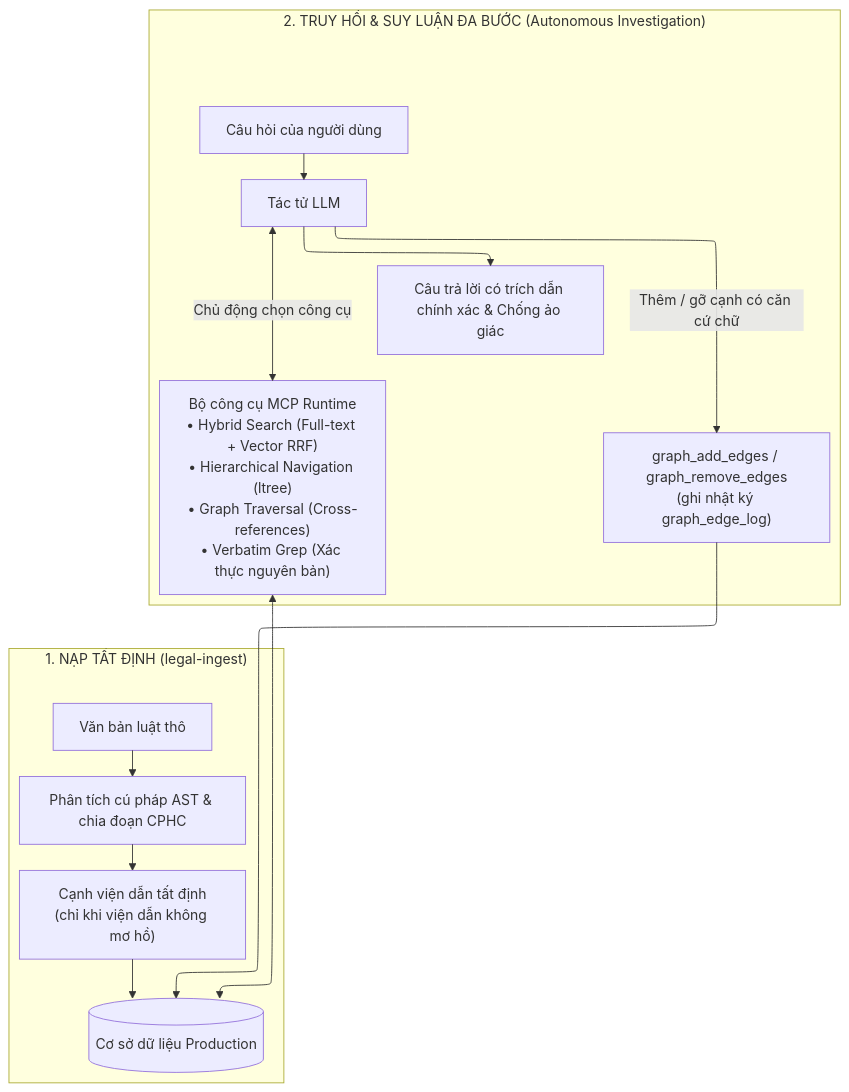
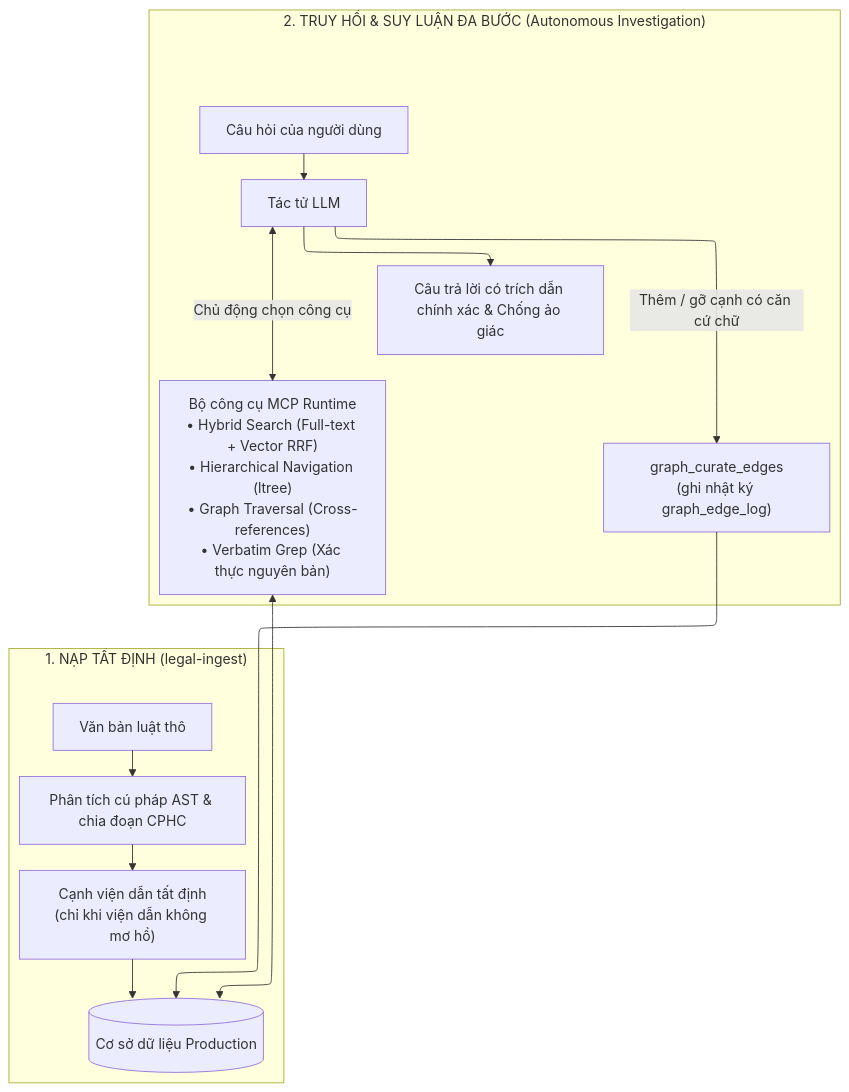
One commit to Hoang604/rag changed the diagram in README.md. Above: the diagram before and after it, drawn with Mermaid. The commit also changed 9 other files, not shown here.

First line of the commit message:
feat(mcp): consolidate canonical legal toolset with atomic graph curation and parent context navigation

````diff
--- a/README.md
+++ b/README.md
@@ -17,20 +17,20 @@
 ```mermaid
 %%{init: {"flowchart": {"defaultRenderer": "elk"}}}%%
 flowchart TD
     subgraph INGEST ["1. NẠP TẤT ĐỊNH (legal-ingest)"]
         direction TB
         RAW["Văn bản luật thô"] --> AST["Phân tích cú pháp AST & chia đoạn CPHC"]
         AST --> CITE["Cạnh viện dẫn tất định<br/>(chỉ khi viện dẫn không mơ hồ)"]
         CITE --> PROD_DB[("Cơ sở dữ liệu Production")]
     end
 
     subgraph RUNTIME ["2. TRUY HỒI & SUY LUẬN ĐA BƯỚC (Autonomous Investigation)"]
         direction TB
         QUERY["Câu hỏi của người dùng"] --> AGENT["Tác tử LLM"]
         AGENT <-->|Chủ động chọn công cụ| RUNTIME_TOOLS["Bộ công cụ MCP Runtime<br/>• Hybrid Search (Full-text + Vector RRF)<br/>• Hierarchical Navigation (ltree)<br/>• Graph Traversal (Cross-references)<br/>• Verbatim Grep (Xác thực nguyên bản)"]
         RUNTIME_TOOLS <--> PROD_DB
-        AGENT -->|Thêm / gỡ cạnh có căn cứ chữ| CURATION["graph_add_edges / graph_remove_edges<br/>(ghi nhật ký graph_edge_log)"]
+        AGENT -->|Thêm / gỡ cạnh có căn cứ chữ| CURATION["graph_curate_edges<br/>(ghi nhật ký graph_edge_log)"]
         CURATION --> PROD_DB
         AGENT --> ANS["Câu trả lời có trích dẫn chính xác & Chống ảo giác"]
     end
 ```
````
